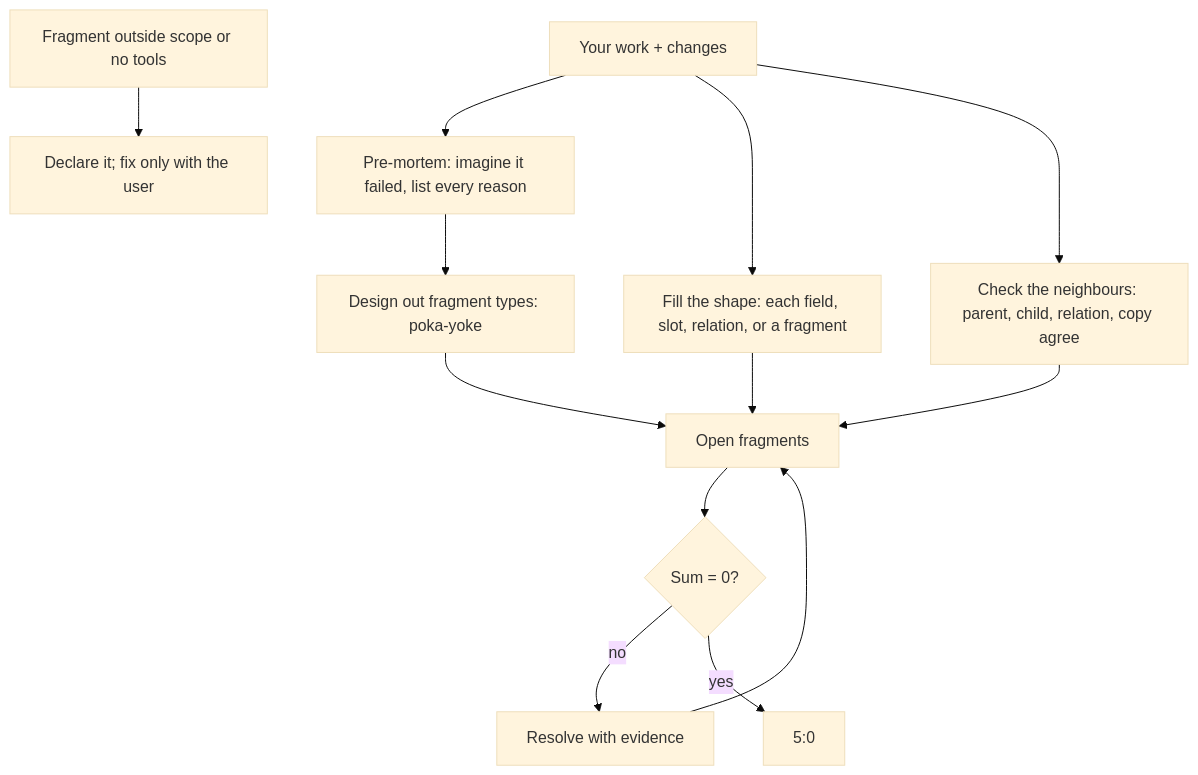
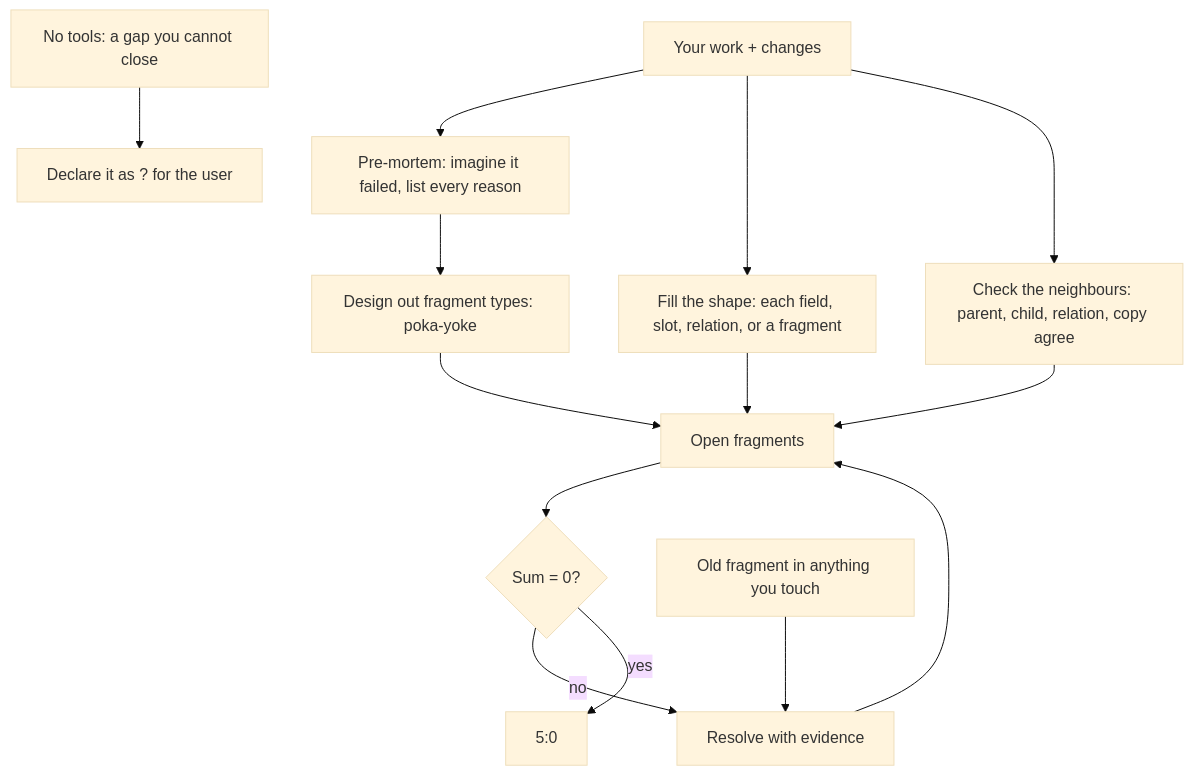
The second of 14 diagrams in AGENTS.md (SolenixAI/arbiter), drawn with Mermaid (base theme) before and after one commit. The commit also changed other lines of this file, not shown here.

First line of the commit message:
fix(agents): scope is everything you touch; define the frontier notation; redraw section 2

````diff
--- a/AGENTS.md
+++ b/AGENTS.md
@@ -77,9 +78,10 @@
 ```mermaid
 flowchart TD
   W[Your work + changes] --> PM[Pre-mortem: imagine it failed, list every reason] --> P[Design out fragment types: poka-yoke] --> L[Open fragments] --> C{Sum = 0?}
   C -->|no| F[Resolve with evidence] --> L
   W --> SH[Fill the shape: each field, slot, relation, or a fragment] --> L
   W --> NB[Check the neighbours: parent, child, relation, copy agree] --> L
   C -->|yes| D[5:0]
-  O[Fragment outside scope or no tools] --> X["Declare it; fix only with the user"]
+  O[Old fragment in anything you touch] --> F
+  NT[No tools: a gap you cannot close] --> X["Declare it as ? for the user"]
 ```
````
